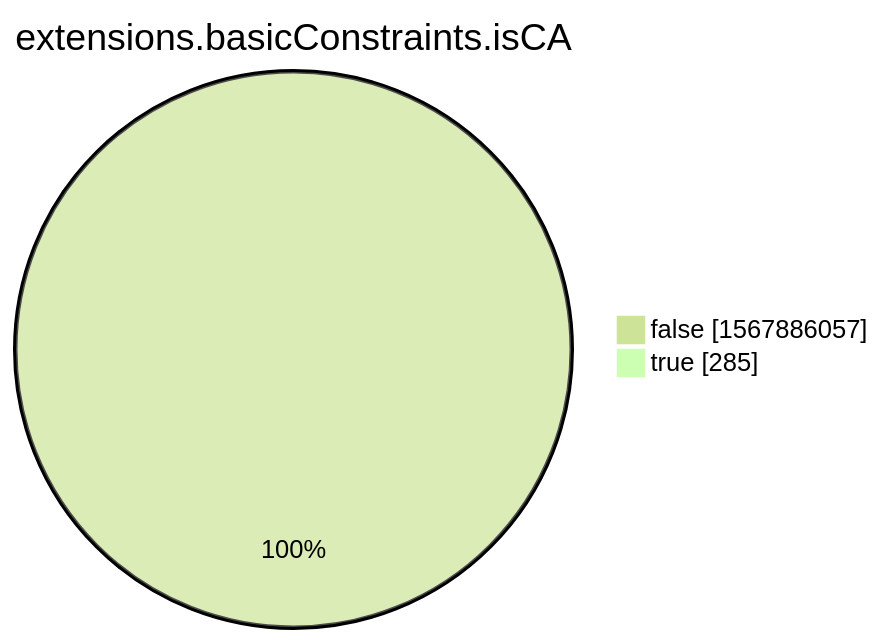
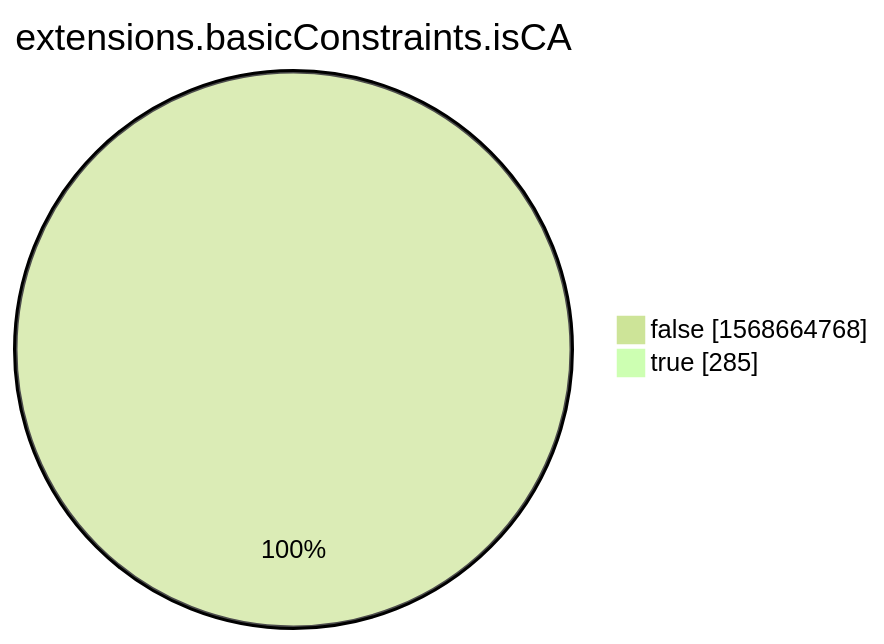
The eighth of 15 diagrams in xenon2022/README.md (christiankrug/ctmonitor_visualization), drawn with Mermaid (forest theme) before and after one commit. The commit also changed other lines of this file, not shown here.

````diff
--- a/xenon2022/README.md
+++ b/xenon2022/README.md
@@ -2861,6 +2861,6 @@
 ```mermaid
 pie showData
 title extensions.basicConstraints.isCA
-"false" :1567886057
+"false" :1568664768
 "true" :285
 ```
````
